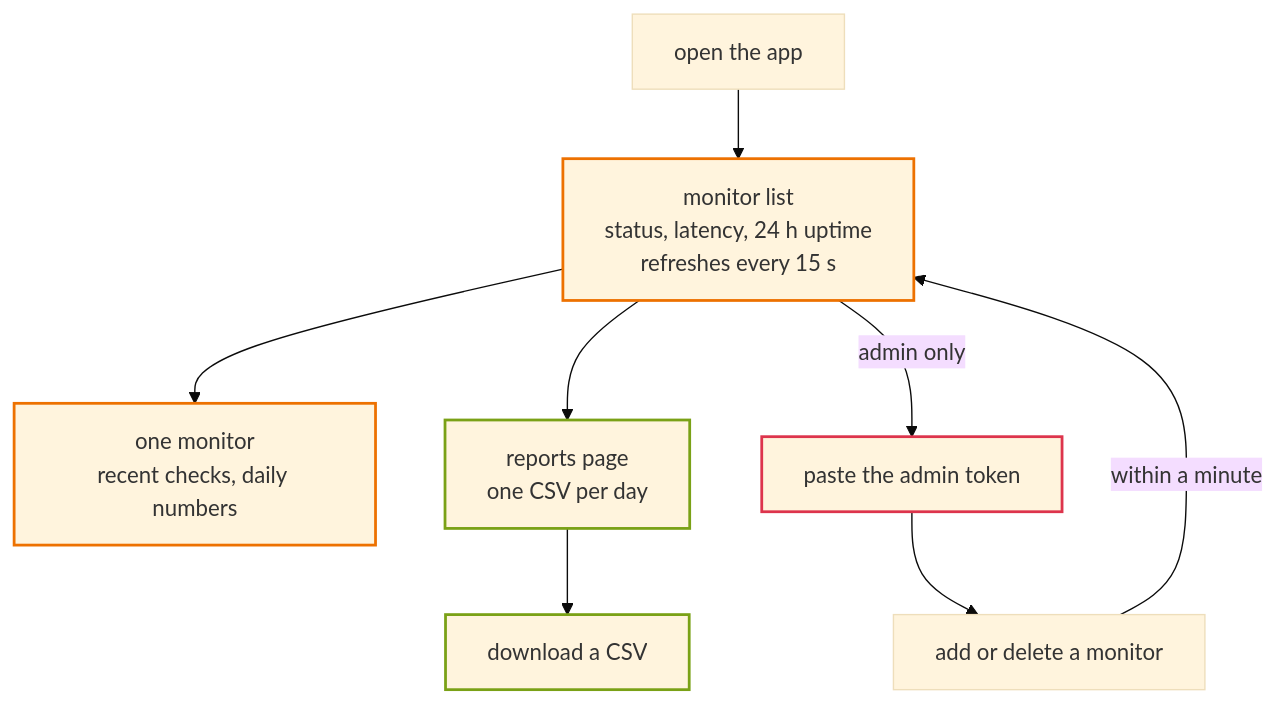
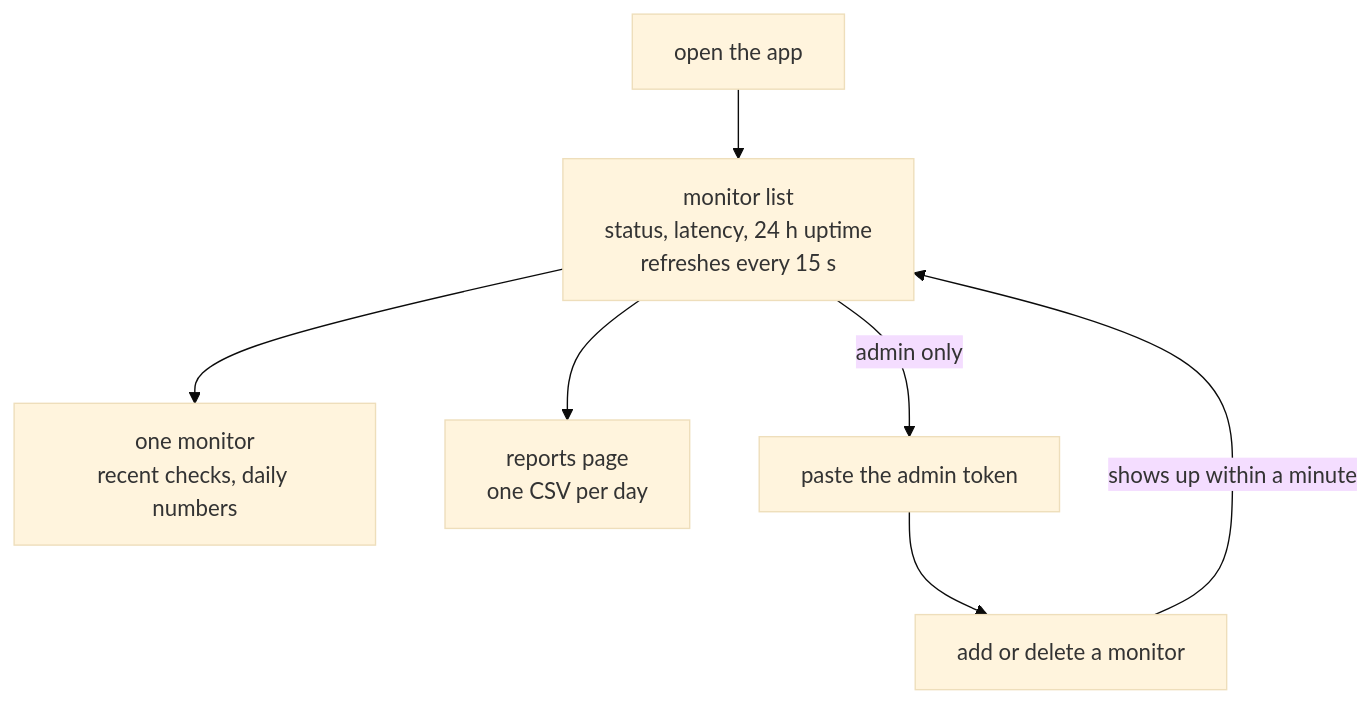
One commit to shadreza/aws-three-tier-cloud-ref-architecture changed the first of 4 diagrams in docs/storybook/01-meet-the-app.md. Above: the diagram before and after it, drawn with Mermaid (base theme). The commit also changed other lines of this file and 23 other files, not shown here.

````diff
--- a/docs/storybook/01-meet-the-app.md
+++ b/docs/storybook/01-meet-the-app.md
@@ -35,16 +33,9 @@
 ```mermaid
 flowchart TD
     open["open the app"] --> list["monitor list<br/>status, latency, 24 h uptime<br/>refreshes every 15 s"]
     list --> detail["one monitor<br/>recent checks, daily numbers"]
     list --> reports["reports page<br/>one CSV per day"]
-    reports --> download["download a CSV"]
     list -- "admin only" --> token["paste the admin token"]
     token --> add["add or delete a monitor"]
-    add -- "within a minute" --> list
-    classDef compute stroke:#ED7100,stroke-width:2px
-    classDef storage stroke:#7AA116,stroke-width:2px
-    classDef security stroke:#DD344C,stroke-width:2px
-    class list,detail compute
-    class reports,download storage
-    class token security
+    add -- "shows up within a minute" --> list
 ```
````
